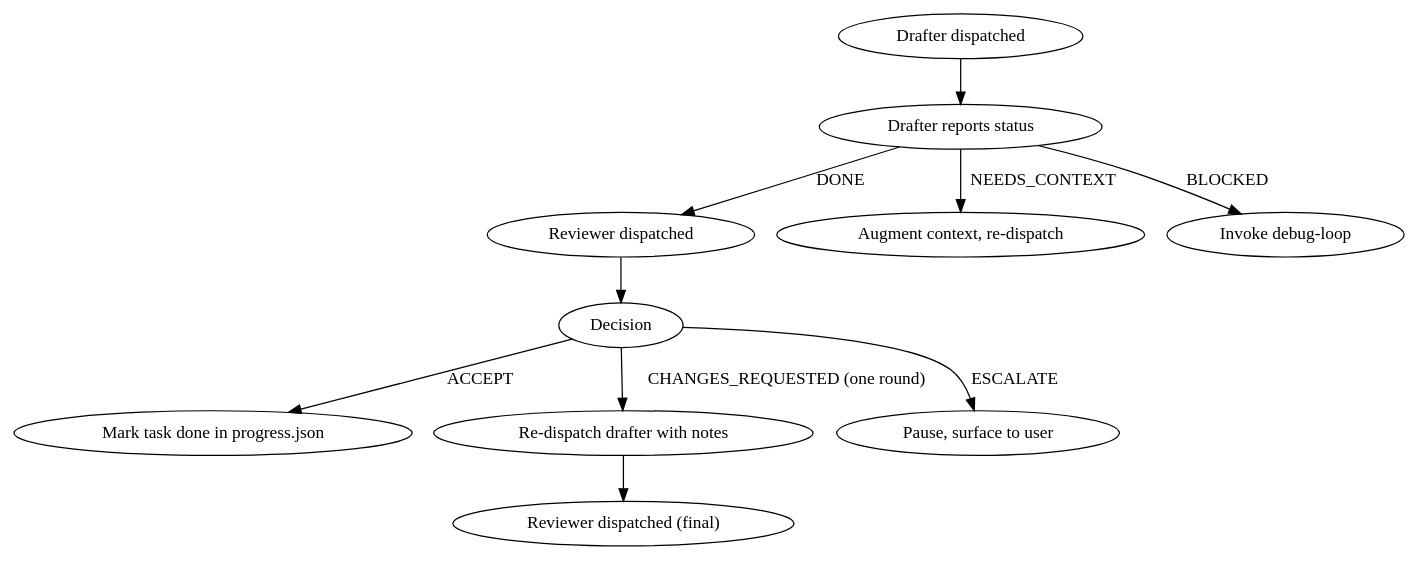
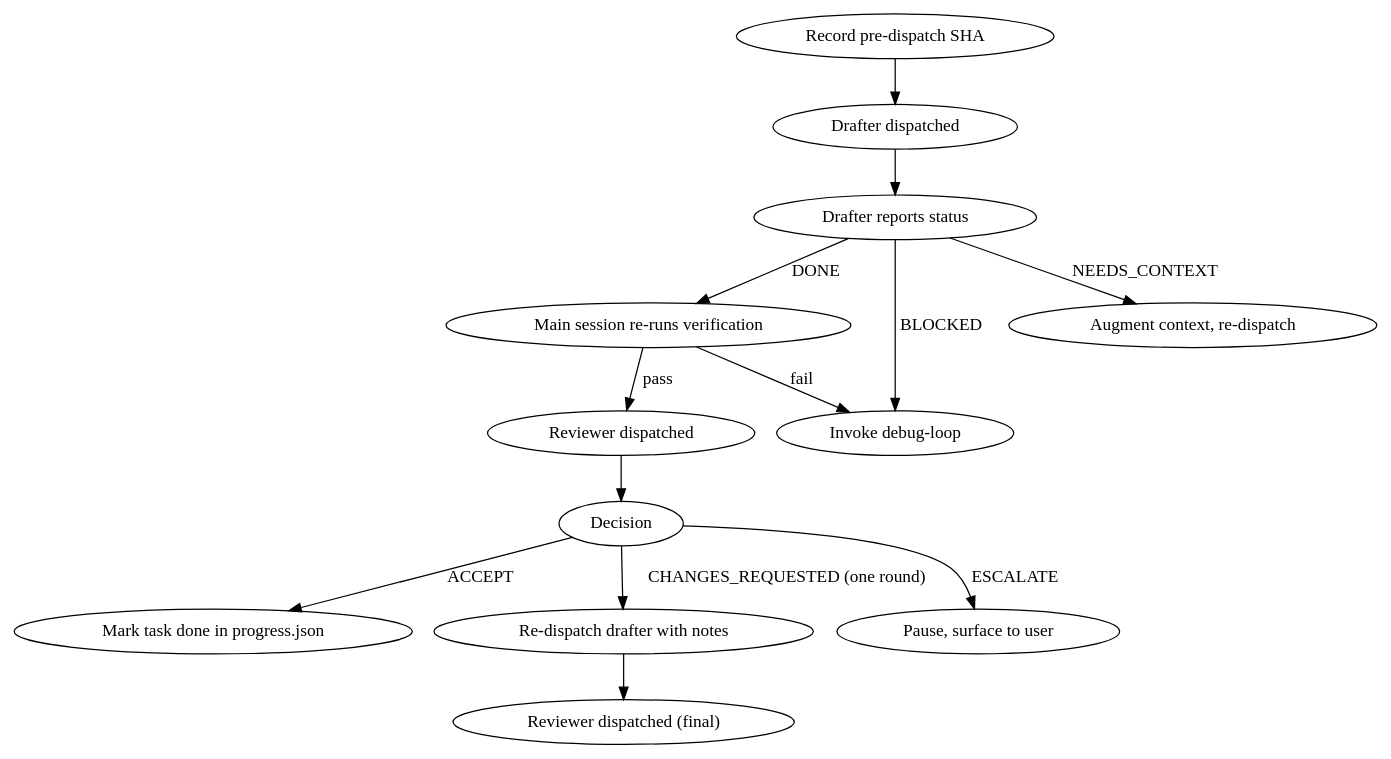
The diagram in plugins/executing/skills/execute-plan/SKILL.md (mjmarrazzo/ai-skills), drawn with Graphviz before and after one commit. The commit also changed other lines of this file and 60 other files, not shown here.

````diff
--- a/plugins/executing/skills/execute-plan/SKILL.md
+++ b/plugins/executing/skills/execute-plan/SKILL.md
@@ -104,13 +106,15 @@
 ```dot
 digraph task_lifecycle {
-    "Drafter dispatched" -> "Drafter reports status";
-    "Drafter reports status" -> "Reviewer dispatched" [label="DONE"];
+    "Record pre-dispatch SHA" -> "Drafter dispatched" -> "Drafter reports status";
+    "Drafter reports status" -> "Main session re-runs verification" [label="DONE"];
+    "Main session re-runs verification" -> "Reviewer dispatched" [label="pass"];
+    "Main session re-runs verification" -> "Invoke debug-loop" [label="fail"];
     "Drafter reports status" -> "Augment context, re-dispatch" [label="NEEDS_CONTEXT"];
     "Drafter reports status" -> "Invoke debug-loop" [label="BLOCKED"];
     "Reviewer dispatched" -> "Decision";
     "Decision" -> "Mark task done in progress.json" [label="ACCEPT"];
     "Decision" -> "Re-dispatch drafter with notes" [label="CHANGES_REQUESTED (one round)"];
     "Decision" -> "Pause, surface to user" [label="ESCALATE"];
     "Re-dispatch drafter with notes" -> "Reviewer dispatched (final)";
 }
 ```
````
